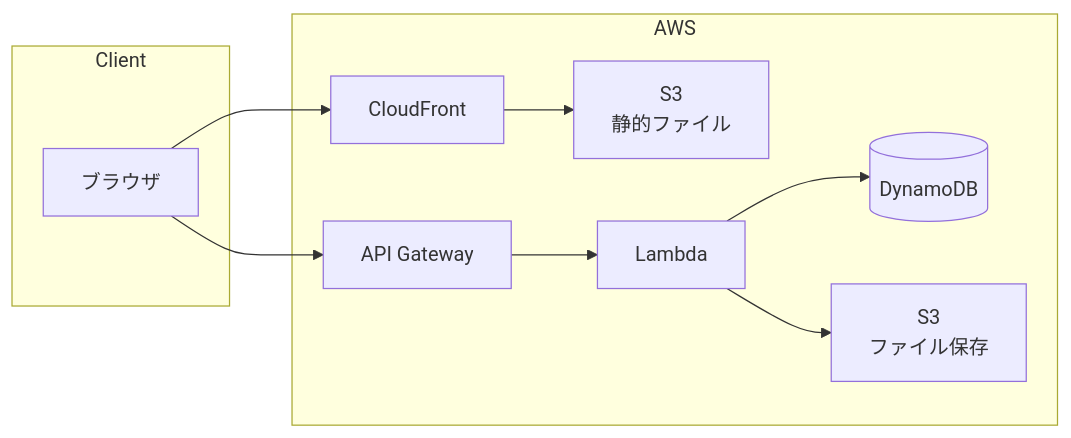
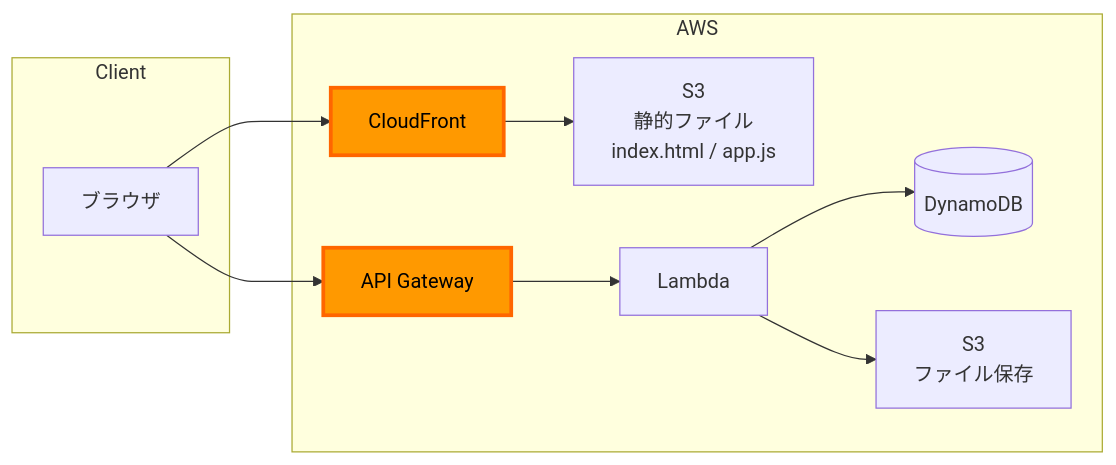
One commit to haw/strong-system-dot-com changed the seventh of 8 diagrams in docs/day4/cf/academy/README.md. Above: the diagram before and after it, drawn with Mermaid.

Commit message:
Highlight CloudFront and API Gateway in production diagram

````diff
--- a/docs/day4/cf/academy/README.md
+++ b/docs/day4/cf/academy/README.md
@@ -301,20 +301,23 @@
 ```mermaid
 graph LR
     subgraph Client
         Browser[ブラウザ]
     end
     subgraph AWS
         CloudFront[CloudFront]
-        S3Web[S3<br/>静的ファイル]
+        S3Web[S3<br/>静的ファイル<br/>index.html / app.js]
         APIGateway[API Gateway]
         Lambda[Lambda]
         DynamoDB[(DynamoDB)]
         S3Files[S3<br/>ファイル保存]
     end
     Browser --> CloudFront
     CloudFront --> S3Web
     Browser --> APIGateway
     APIGateway --> Lambda
     Lambda --> DynamoDB
     Lambda --> S3Files
+    
+    style CloudFront fill:#ff9900,stroke:#ff6600,stroke-width:3px,color:#000
+    style APIGateway fill:#ff9900,stroke:#ff6600,stroke-width:3px,color:#000
 ```
````
